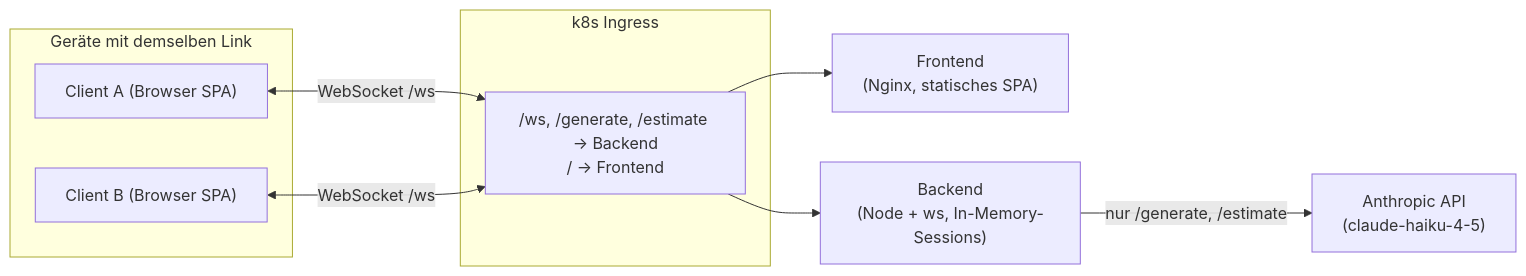
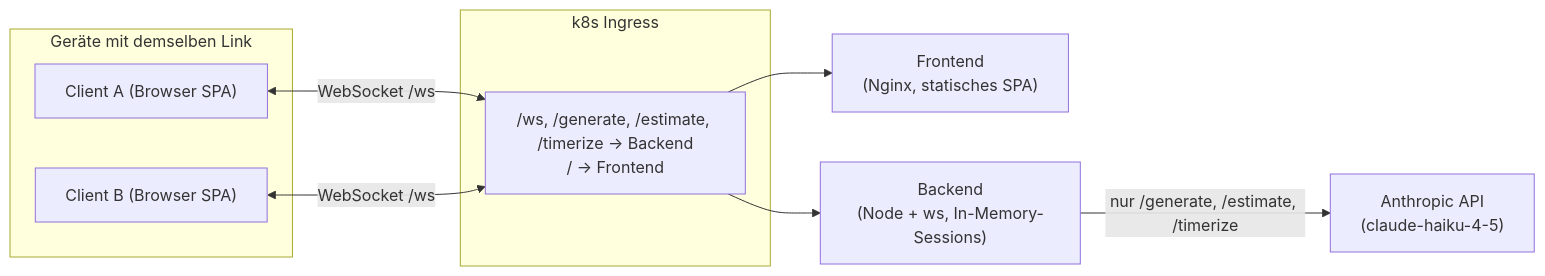
One commit to gerrited/WODch changed the first of 3 diagrams in ONBOARDING.md. Above: the diagram before and after it, drawn with Mermaid. The commit also changed other lines of this file and 38 other files, not shown here.

````diff
--- a/ONBOARDING.md
+++ b/ONBOARDING.md
@@ -79,21 +82,21 @@
 ```mermaid
 flowchart LR
   subgraph Clients["Geräte mit demselben Link"]
     C1["Client A (Browser SPA)"]
     C2["Client B (Browser SPA)"]
   end
 
   subgraph Ingress["k8s Ingress"]
-    ING["/ws, /generate, /estimate → Backend<br>/ → Frontend"]
+    ING["/ws, /generate, /estimate, /timerize → Backend<br>/ → Frontend"]
   end
 
   FE["Frontend<br>(Nginx, statisches SPA)"]
   BE["Backend<br>(Node + ws, In-Memory-Sessions)"]
   ANTH["Anthropic API<br>(claude-haiku-4-5)"]
 
   C1 <-->|WebSocket /ws| ING
   C2 <-->|WebSocket /ws| ING
   ING --> FE
   ING --> BE
-  BE -->|nur /generate, /estimate| ANTH
+  BE -->|nur /generate, /estimate, /timerize| ANTH
 ```
````
